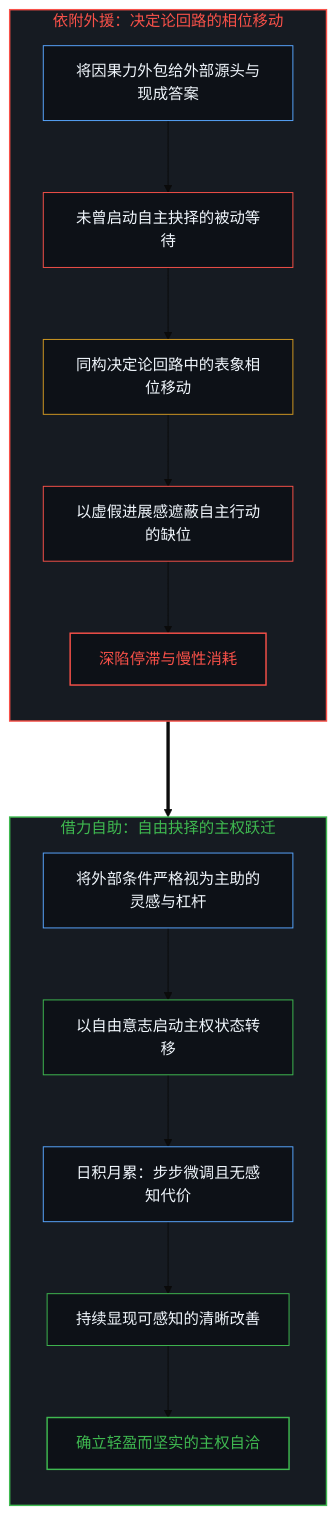
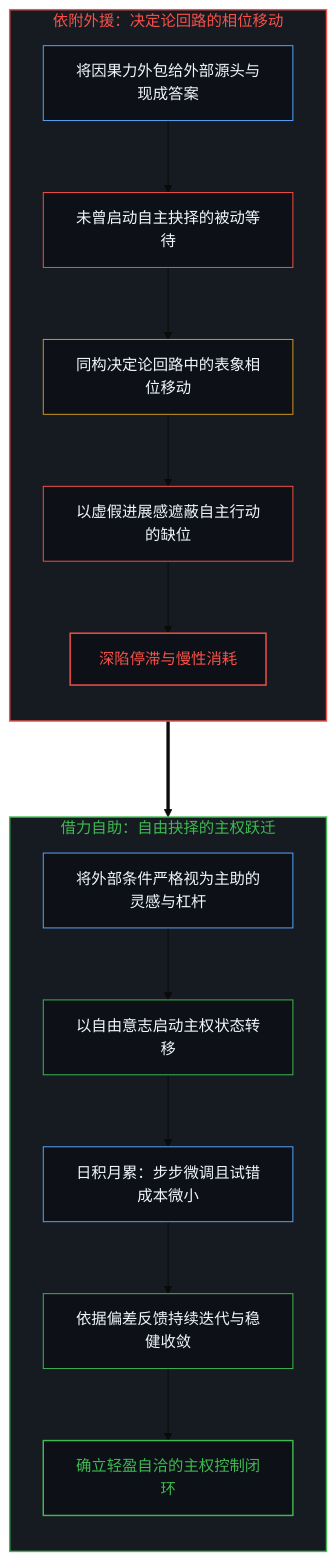
One commit to powerpig99/not-a-toe changed the ninth of 10 diagrams in content/posts/choice-itself-has-no-inherent-weight.md. Above: the diagram before and after it, drawn with Mermaid (base theme). The commit also changed other lines of this file and 4 other files, not shown here.

````diff
--- a/content/posts/choice-itself-has-no-inherent-weight.md
+++ b/content/posts/choice-itself-has-no-inherent-weight.md
@@ -321,33 +329,33 @@
 ```mermaid
 graph TD
     subgraph S_Dependency ["依附外援：决定论回路的相位移动"]
         direction TB
         D_Claim["将因果力外包给外部源头与现成答案"] --> D_Passive["未曾启动自主抉择的被动等待"]
         D_Passive --> D_PhaseShift["同构决定论回路中的表象相位移动"]
         D_PhaseShift --> D_Masking["以虚假进展感遮蔽自主行动的缺位"]
         D_Masking --> D_Paralysis["深陷停滞与慢性消耗"]
     end
 
     subgraph S_Sovereignty ["借力自助：自由抉择的主权跃迁"]
         direction TB
         R_Leverage["将外部条件严格视为主助的灵感与杠杆"] --> R_FreeChoice["以自由意志启动主权状态转移"]
-        R_FreeChoice --> R_Gradual["日积月累：步步微调且无感知代价"]
-        R_Gradual --> R_Bedrock["持续显现可感知的清晰改善"]
-        R_Bedrock --> R_Agency["确立轻盈而坚实的主权自洽"]
+        R_FreeChoice --> R_Gradual["日积月累：步步微调且试错成本微小"]
+        R_Gradual --> R_Bedrock["依据偏差反馈持续迭代与稳健收敛"]
+        R_Bedrock --> R_Agency["确立轻盈自洽的主权控制闭环"]
     end
 
     D_Paralysis ===> R_Leverage
 
     style S_Dependency fill:#161b22,stroke:#f85149,stroke-width:1.5px,color:#f85149
     style S_Sovereignty fill:#161b22,stroke:#3fb950,stroke-width:1.5px,color:#3fb950
     style D_Claim fill:#0d1117,stroke:#58a6ff,stroke-width:1px,color:#f0f6fc
     style D_Passive fill:#0d1117,stroke:#f85149,stroke-width:1px,color:#f0f6fc
     style D_PhaseShift fill:#0d1117,stroke:#d29922,stroke-width:1px,color:#f0f6fc
     style D_Masking fill:#0d1117,stroke:#f85149,stroke-width:1px,color:#f0f6fc
     style D_Paralysis fill:#0d1117,stroke:#f85149,stroke-width:1.5px,color:#f85149
     style R_Leverage fill:#0d1117,stroke:#58a6ff,stroke-width:1px,color:#f0f6fc
     style R_FreeChoice fill:#0d1117,stroke:#3fb950,stroke-width:1px,color:#f0f6fc
     style R_Gradual fill:#0d1117,stroke:#58a6ff,stroke-width:1px,color:#f0f6fc
     style R_Bedrock fill:#0d1117,stroke:#3fb950,stroke-width:1px,color:#f0f6fc
     style R_Agency fill:#0d1117,stroke:#3fb950,stroke-width:1.5px,color:#3fb950
 ```
````
